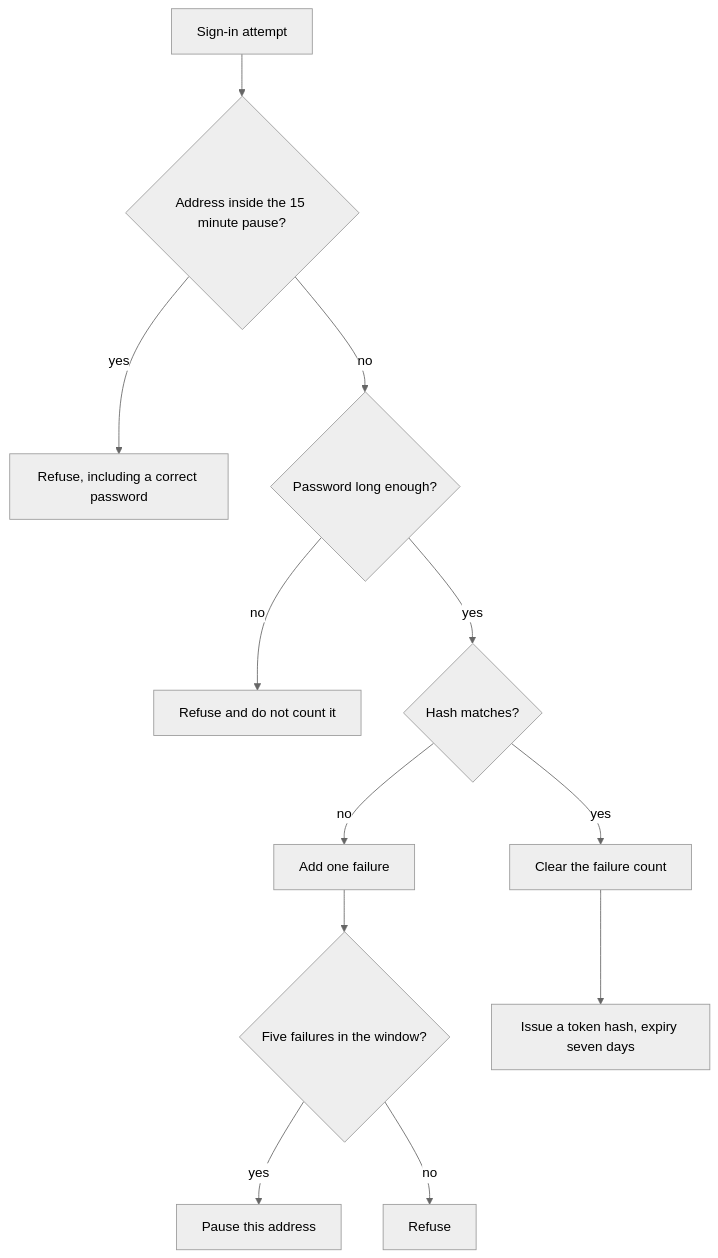
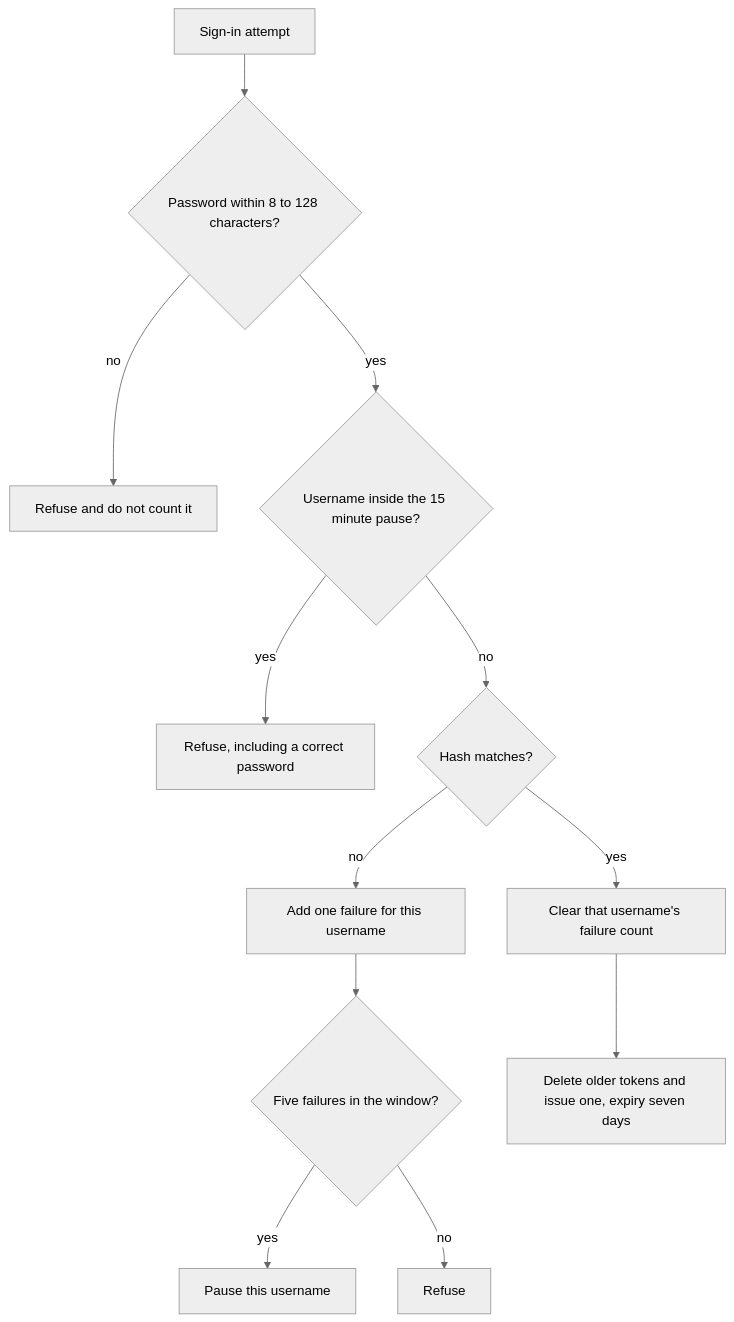
The ninth of 14 diagrams in docs/design/04-architecture-diagrams.md (vb23abo/MentalHealthChatbot), drawn with Mermaid (neutral theme) before and after one commit. The commit also changed other lines of this file and 13 other files, not shown here.

````diff
--- a/docs/design/04-architecture-diagrams.md
+++ b/docs/design/04-architecture-diagrams.md
@@ -243,14 +243,14 @@
 ```mermaid
 flowchart TD
-    attempt[Sign-in attempt] --> locked{Address inside the 15 minute pause?}
+    attempt[Sign-in attempt] --> shape{Password within 8 to 128 characters?}
+    shape -->|no| short[Refuse and do not count it]
+    shape -->|yes| locked{Username inside the 15 minute pause?}
     locked -->|yes| wait[Refuse, including a correct password]
-    locked -->|no| shape{Password long enough?}
-    shape -->|no| short[Refuse and do not count it]
-    shape -->|yes| match{Hash matches?}
-    match -->|no| count[Add one failure]
+    locked -->|no| match{Hash matches?}
+    match -->|no| count[Add one failure for this username]
     count --> limit{Five failures in the window?}
-    limit -->|yes| pause[Pause this address]
+    limit -->|yes| pause[Pause this username]
     limit -->|no| wrong[Refuse]
-    match -->|yes| clear[Clear the failure count]
-    clear --> token[Issue a token hash, expiry seven days]
+    match -->|yes| clear[Clear that username's failure count]
+    clear --> token[Delete older tokens and issue one, expiry seven days]
 ```
````
